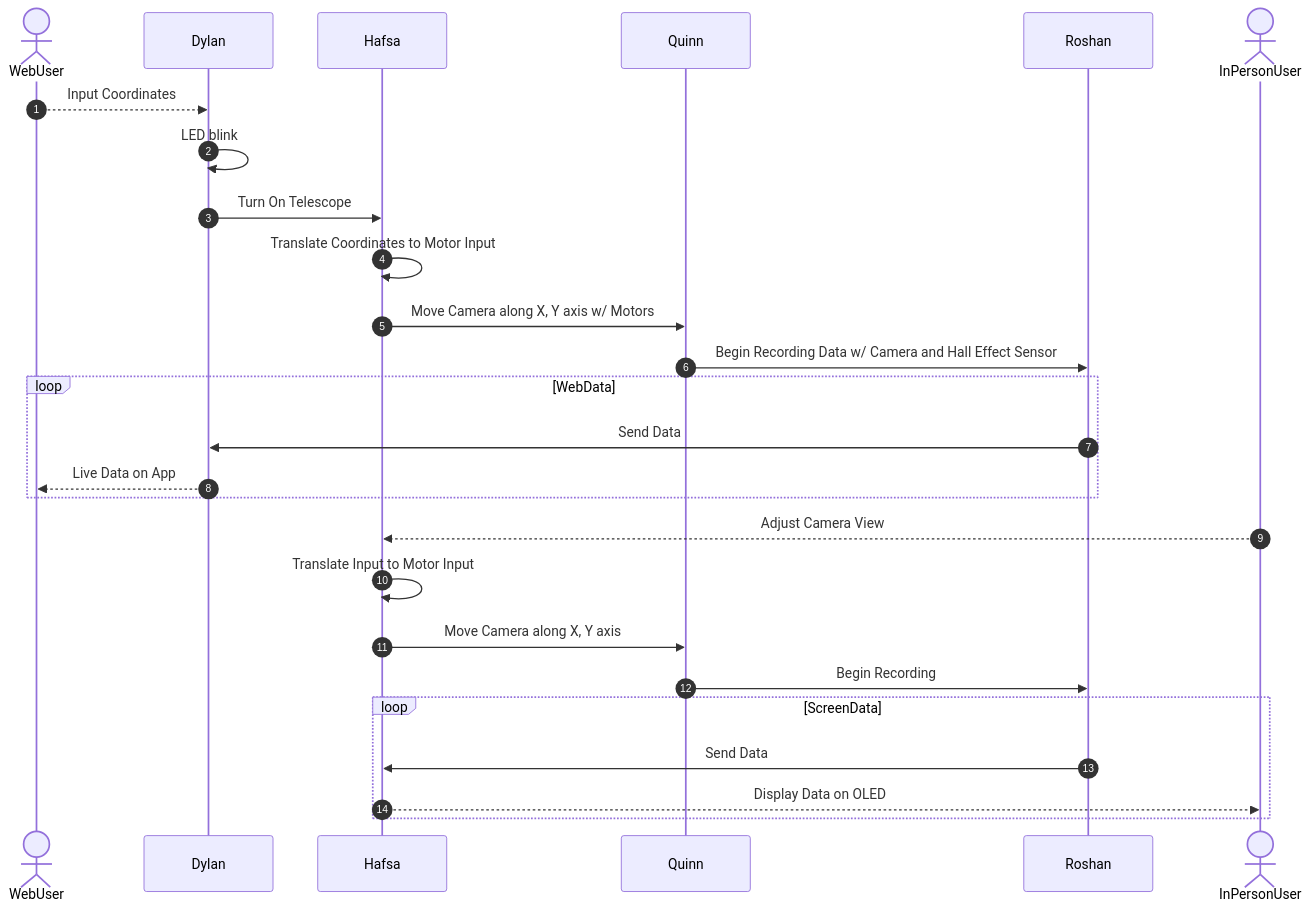
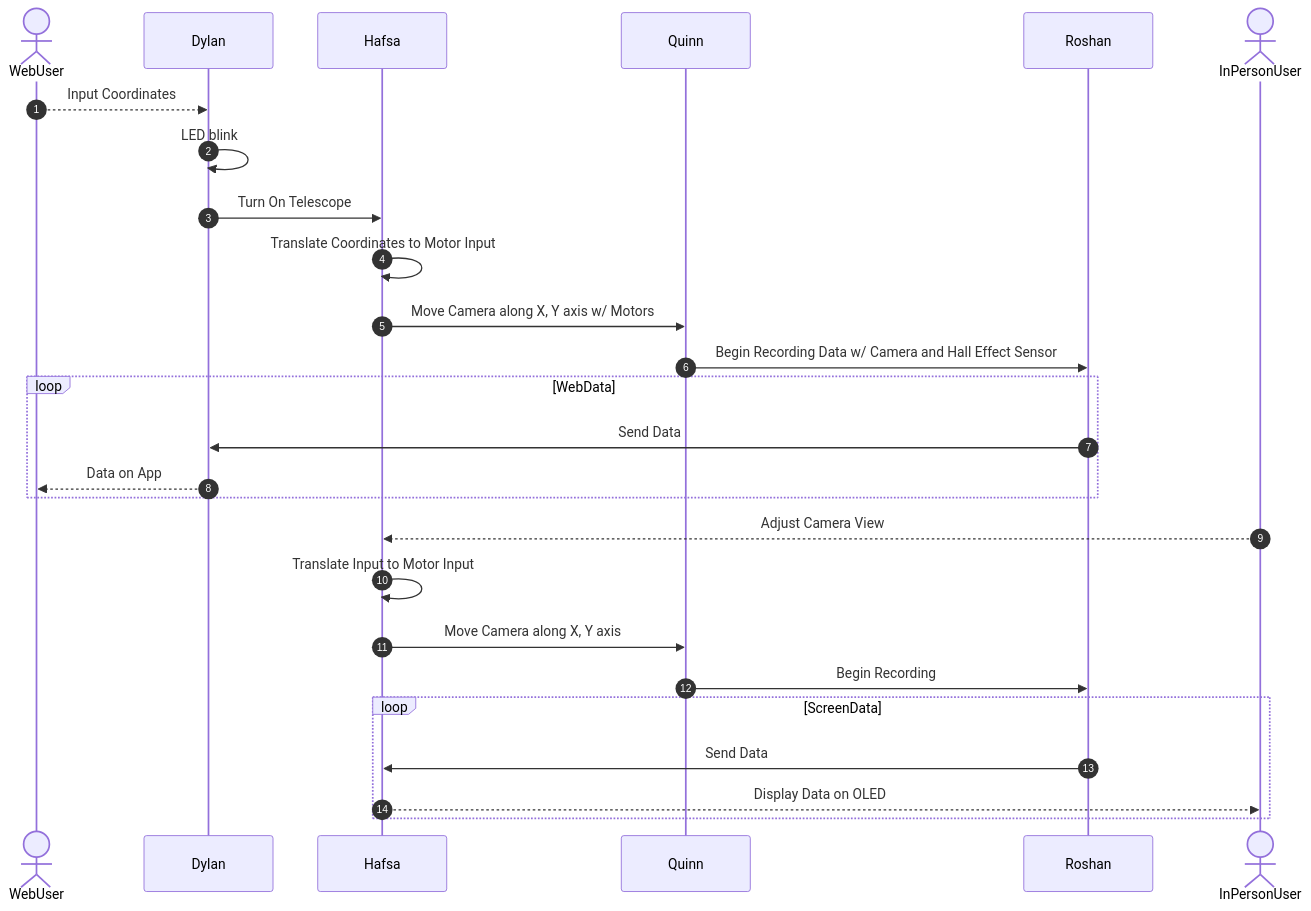
One commit to EGR314-S-2026-304/EGR314-S-2026-304.github.io changed the diagram in docs/04-Team-Diagram.md. Above: the diagram before and after it, drawn with Mermaid. The commit also changed other lines of this file, not shown here.

````diff
--- a/docs/04-Team-Diagram.md
+++ b/docs/04-Team-Diagram.md
@@ -11,24 +11,24 @@
 ``` mermaid
 sequenceDiagram
   autonumber
   actor WebUser
   WebUser-->>Dylan: Input Coordinates
   Dylan->>Dylan: LED blink
   Dylan->>Hafsa: Turn On Telescope
   Hafsa->>Hafsa: Translate Coordinates to Motor Input
   Hafsa->>Quinn: Move Camera along X, Y axis w/ Motors
   Quinn->>Roshan: Begin Recording Data w/ Camera and Hall Effect Sensor
   loop WebData
     Roshan->>Dylan: Send Data
-    Dylan-->>WebUser: Live Data on App
+    Dylan-->>WebUser: Data on App
   end
   actor InPersonUser
   InPersonUser-->>Hafsa: Adjust Camera View
   Hafsa->>Hafsa: Translate Input to Motor Input
   Hafsa->>Quinn: Move Camera along X, Y axis
   Quinn->>Roshan: Begin Recording
   loop ScreenData
     Roshan->>Hafsa: Send Data
     Hafsa-->>InPersonUser: Display Data on OLED
   end
 ```
````
